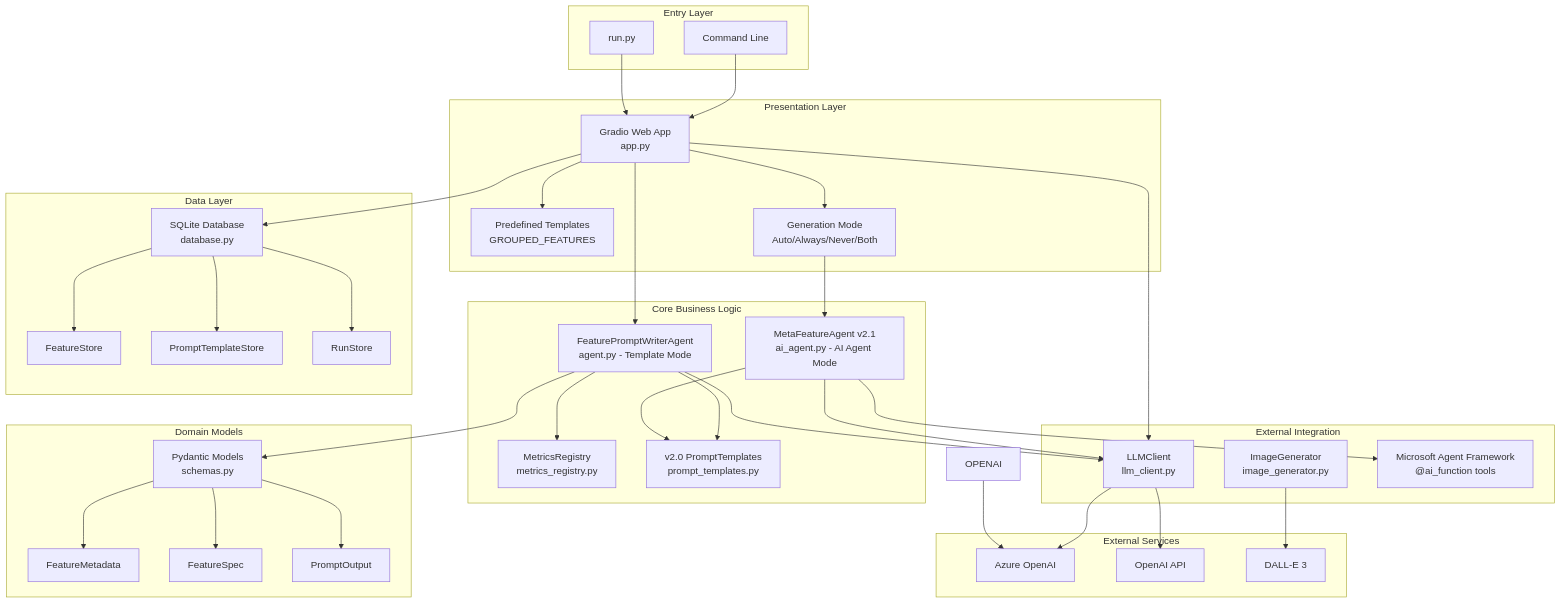
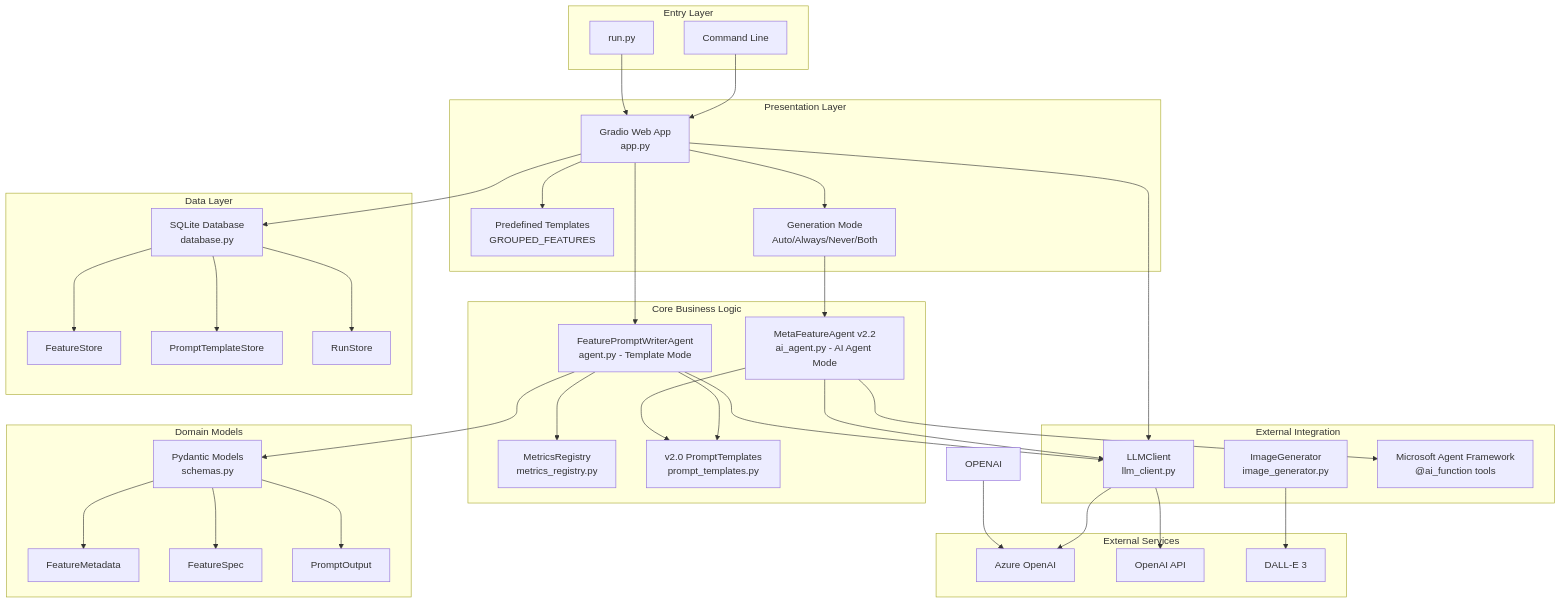
One commit to hshujuan/MetaFeature-Orchestrator changed the first of 11 diagrams in TechnicalDocs/ArchitectureOverview.md. Above: the diagram before and after it, drawn with Mermaid. The commit also changed other lines of this file and 3 other files, not shown here.

Commit message:
update documentation for version 2.2: enhance AI agent features, add architecture detection, and refine evaluation metrics

````diff
--- a/TechnicalDocs/ArchitectureOverview.md
+++ b/TechnicalDocs/ArchitectureOverview.md
@@ -74,77 +84,77 @@
 ```mermaid
 flowchart TB
     subgraph Entry["Entry Layer"]
         RUN[run.py]
         CLI["Command Line"]
     end
 
     subgraph UI["Presentation Layer"]
         GRADIO[Gradio Web App<br/>app.py]
         TEMPLATES[Predefined Templates<br/>GROUPED_FEATURES]
         MODE_TOGGLE[Generation Mode<br/>Auto/Always/Never/Both]
     end
 
     subgraph Core["Core Business Logic"]
         AGENT[FeaturePromptWriterAgent<br/>agent.py - Template Mode]
-        AI_AGENT[MetaFeatureAgent v2.1<br/>ai_agent.py - AI Agent Mode]
+        AI_AGENT[MetaFeatureAgent v2.2<br/>ai_agent.py - AI Agent Mode]
         METRICS_REG[MetricsRegistry<br/>metrics_registry.py]
         PROMPT_TPL[v2.0 PromptTemplates<br/>prompt_templates.py]
     end
 
     subgraph Domain["Domain Models"]
         SCHEMAS[Pydantic Models<br/>schemas.py]
         FEATURE_META[FeatureMetadata]
         FEATURE_SPEC[FeatureSpec]
         PROMPT_OUT[PromptOutput]
     end
 
     subgraph Integration["External Integration"]
         LLM[LLMClient<br/>llm_client.py]
         IMG_GEN[ImageGenerator<br/>image_generator.py]
         AGENT_FW[Microsoft Agent Framework<br/>@ai_function tools]
     end
 
     subgraph Persistence["Data Layer"]
         DB[SQLite Database<br/>database.py]
         FEATURE_STORE[FeatureStore]
         TEMPLATE_STORE[PromptTemplateStore]
         RUN_STORE[RunStore]
     end
 
     subgraph External["External Services"]
         AZURE[Azure OpenAI]
         OPENAI_API[OpenAI API]
         DALLE[DALL-E 3]
     end
 
     RUN --> GRADIO
     CLI --> GRADIO
     GRADIO --> TEMPLATES
     GRADIO --> MODE_TOGGLE
     GRADIO --> AGENT
     
     MODE_TOGGLE --> AI_AGENT
     AI_AGENT --> AGENT_FW
     AI_AGENT --> PROMPT_TPL
     
     AGENT --> METRICS_REG
     AGENT --> PROMPT_TPL
     AGENT --> SCHEMAS
     
     SCHEMAS --> FEATURE_META
     SCHEMAS --> FEATURE_SPEC
     SCHEMAS --> PROMPT_OUT
     
     GRADIO --> LLM
     AGENT --> LLM
     AI_AGENT --> LLM
     IMG_GEN --> DALLE
     OPENAI --> AZURE
     LLM --> AZURE
     LLM --> OPENAI_API
     
     GRADIO --> DB
     DB --> FEATURE_STORE
     DB --> TEMPLATE_STORE
     DB --> RUN_STORE
 ```
````
